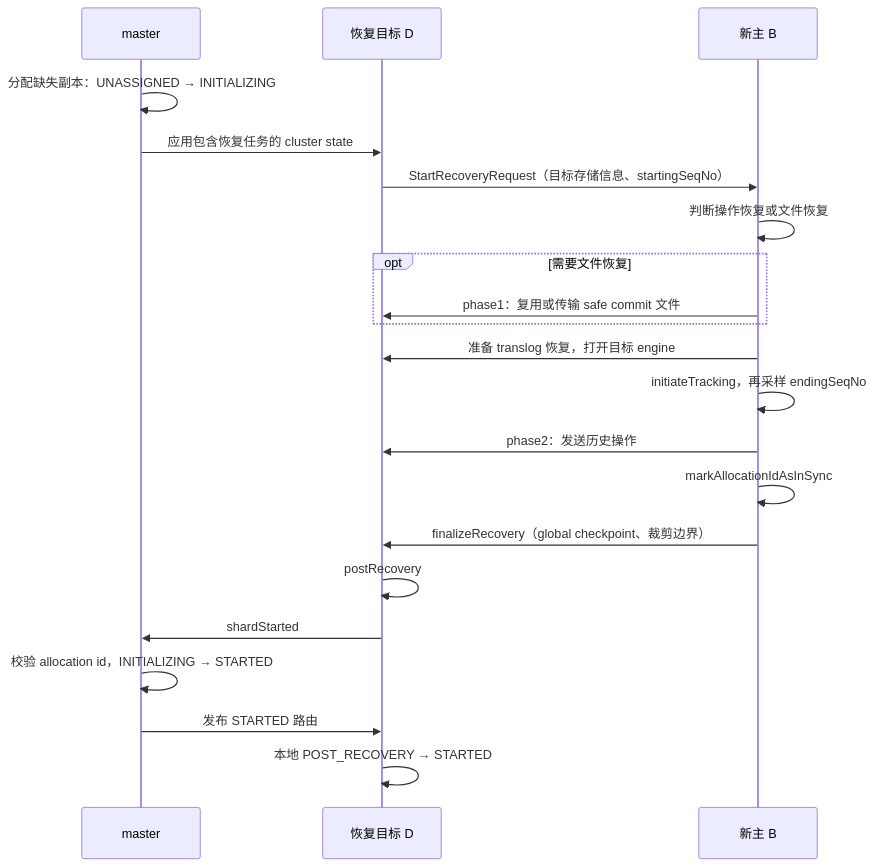
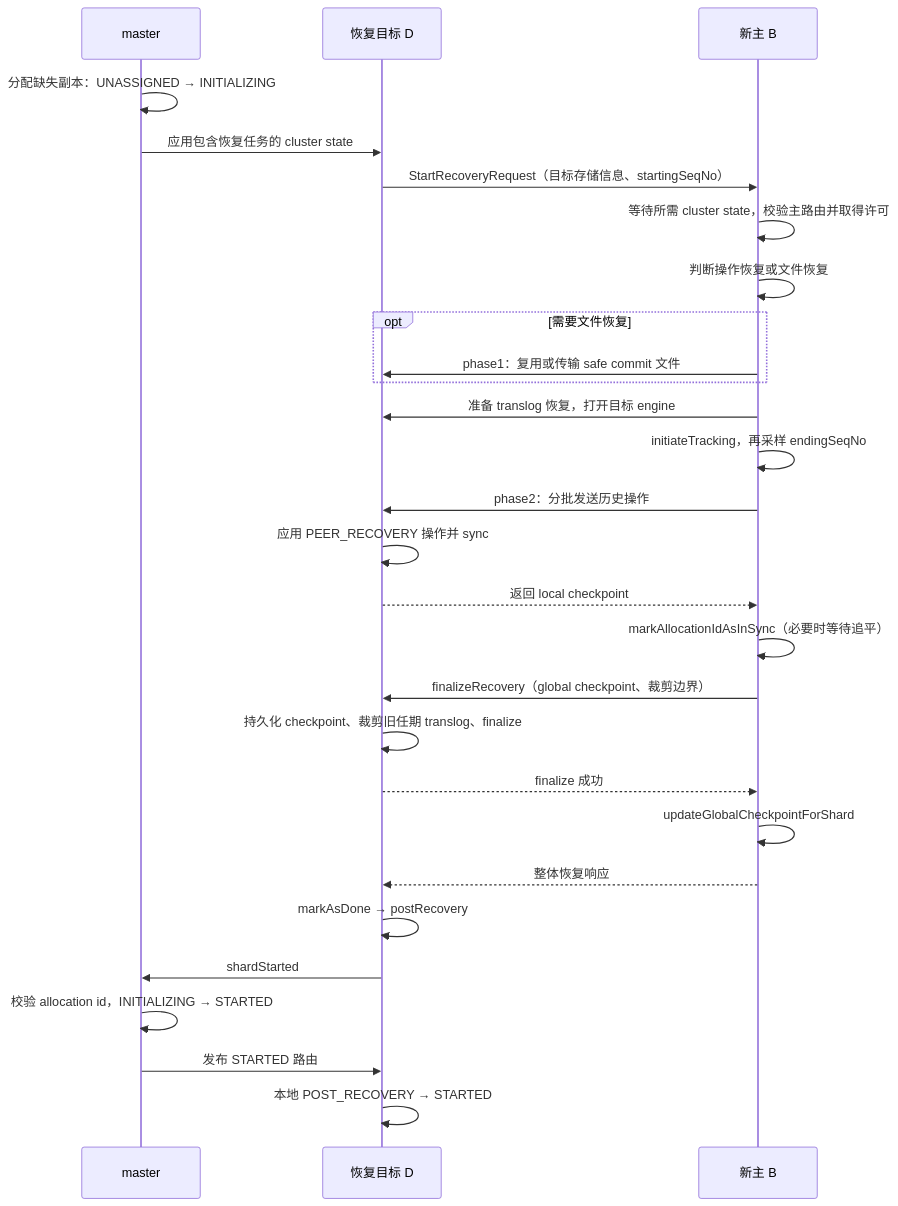
One commit to zhongyuankai/BigData changed the fourth of 5 diagrams in ElasticSearch/replica-promotion.md. Above: the diagram before and after it, drawn with Mermaid. The commit also changed other lines of this file, not shown here.

Commit message:
docs: complete recovery call chain and clarify source context

````diff
--- a/ElasticSearch/replica-promotion.md
+++ b/ElasticSearch/replica-promotion.md
@@ -456,23 +697,30 @@
 ```mermaid
 sequenceDiagram
     participant M as master
     participant D as 恢复目标 D
     participant B as 新主 B
     M->>M: 分配缺失副本：UNASSIGNED → INITIALIZING
     M->>D: 应用包含恢复任务的 cluster state
     D->>B: StartRecoveryRequest（目标存储信息、startingSeqNo）
+    B->>B: 等待所需 cluster state，校验主路由并取得许可
     B->>B: 判断操作恢复或文件恢复
     opt 需要文件恢复
         B->>D: phase1：复用或传输 safe commit 文件
     end
     B->>D: 准备 translog 恢复，打开目标 engine
     B->>B: initiateTracking，再采样 endingSeqNo
-    B->>D: phase2：发送历史操作
-    B->>B: markAllocationIdAsInSync
+    B->>D: phase2：分批发送历史操作
+    D->>D: 应用 PEER_RECOVERY 操作并 sync
+    D-->>B: 返回 local checkpoint
+    B->>B: markAllocationIdAsInSync（必要时等待追平）
     B->>D: finalizeRecovery（global checkpoint、裁剪边界）
-    D->>D: postRecovery
+    D->>D: 持久化 checkpoint、裁剪旧任期 translog、finalize
+    D-->>B: finalize 成功
+    B->>B: updateGlobalCheckpointForShard
+    B-->>D: 整体恢复响应
+    D->>D: markAsDone → postRecovery
     D->>M: shardStarted
     M->>M: 校验 allocation id，INITIALIZING → STARTED
     M->>D: 发布 STARTED 路由
     D->>D: 本地 POST_RECOVERY → STARTED
 ```
````
